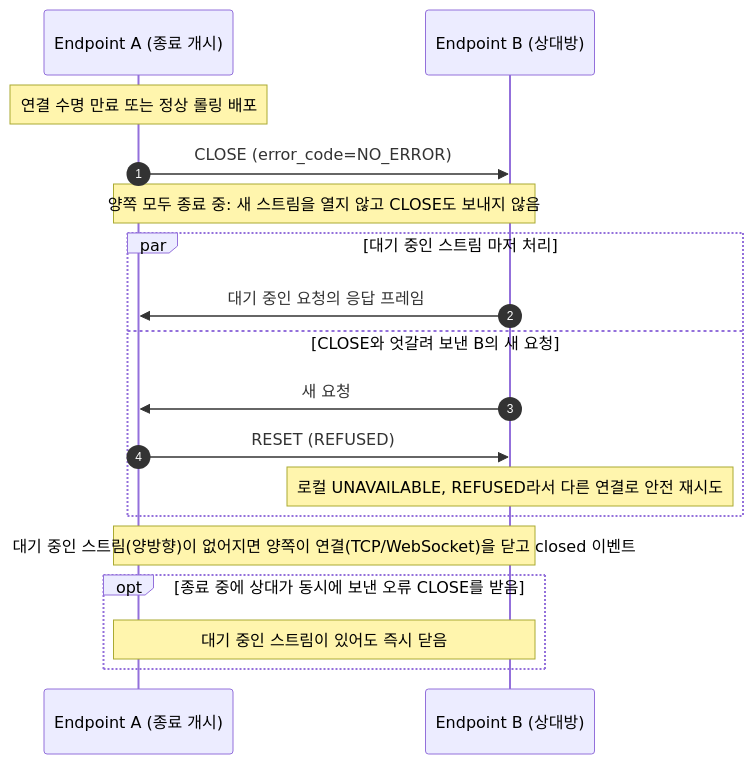
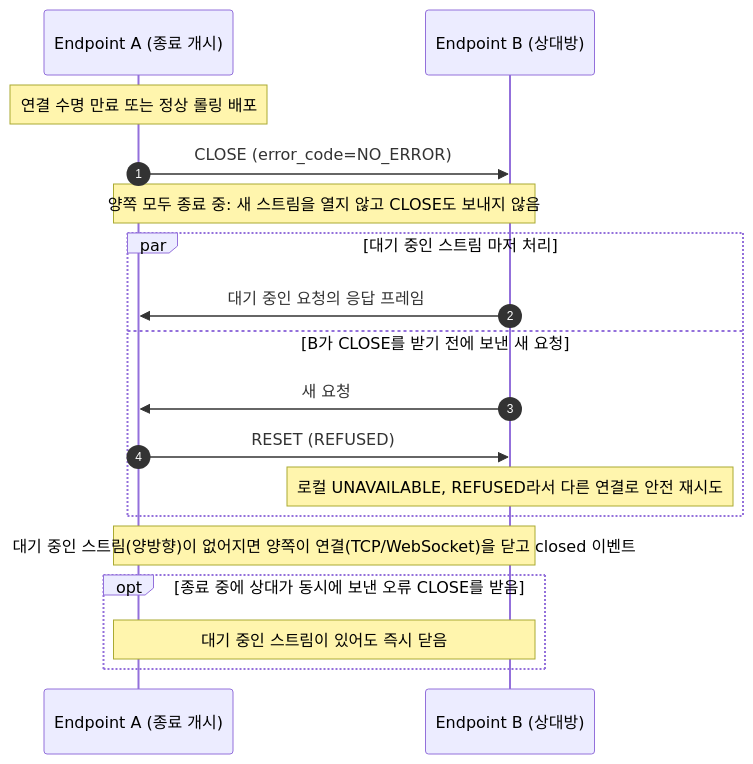
The second of 3 diagrams in docs/specification/STRAND_SPECIFICATION.md (ppzxc/strand), drawn with Mermaid before and after one commit. The commit also changed other lines of this file, not shown here.

Commit message:
docs: 쓰이지 않는 highest_local_stream_id 삭제와 4.6·다이어그램·WebSocket 종료 문구 정리 (#93)

````diff
--- a/docs/specification/STRAND_SPECIFICATION.md
+++ b/docs/specification/STRAND_SPECIFICATION.md
@@ -408,25 +407,25 @@
 ```mermaid
 sequenceDiagram
     autonumber
     participant A as Endpoint A (종료 개시)
     participant B as Endpoint B (상대방)
 
     Note over A: 연결 수명 만료 또는 정상 롤링 배포
     A->>B: CLOSE (error_code=NO_ERROR)
 
     Note over A,B: 양쪽 모두 종료 중: 새 스트림을 열지 않고 CLOSE도 보내지 않음
 
     par 대기 중인 스트림 마저 처리
         B->>A: 대기 중인 요청의 응답 프레임
-    and CLOSE와 엇갈려 보낸 B의 새 요청
+    and B가 CLOSE를 받기 전에 보낸 새 요청
         B->>A: 새 요청
         A->>B: RESET (REFUSED)
         Note over B: 로컬 UNAVAILABLE, REFUSED라서 다른 연결로 안전 재시도
     end
 
     Note over A,B: 대기 중인 스트림(양방향)이 없어지면 양쪽이 연결(TCP/WebSocket)을 닫고 closed 이벤트
 
     opt 종료 중에 상대가 동시에 보낸 오류 CLOSE를 받음
         Note over A,B: 대기 중인 스트림이 있어도 즉시 닫음
     end
 ```
````
